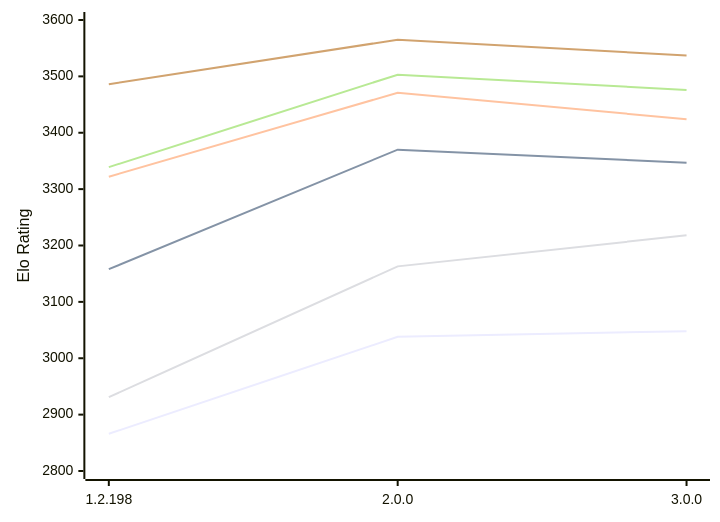
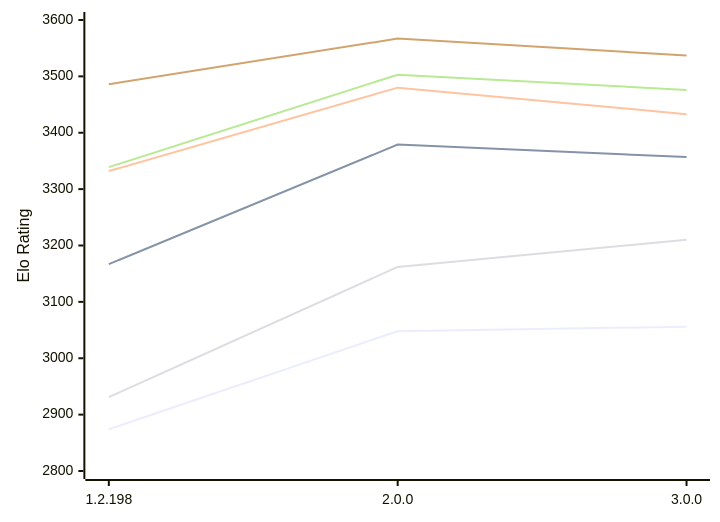
Before and after one commit to computer-chess-index/cci: the diagram in engines/Zenith.md, drawn with Mermaid. The commit also changed other lines of this file, not shown here.

Commit message:
Update CCI Ratings (ELO VLTC) - 2026-11-07

````diff
--- a/engines/Zenith.md
+++ b/engines/Zenith.md
@@ -51,12 +51,12 @@
 ```mermaid
 %%{init: {"theme":"base","themeVariables":{"seriesColors:['#a3a3a3','#222221','#faa371']}}}%%
 xychart-beta
   x-axis ["1.2.198", "2.0.0", "3.0.0"]
   y-axis "Elo Rating" 2800 --> 3600
-  line "E1: STC (8.0+0.08s)" [2866, 3038, 3048]
-  line "E1: LTC (60.0+0.60s)" [3158, 3370, 3347]
-  line "E1: VLTC (2m24s+1.12s)" [3322, 3471, 3424]
-  line "P1: STC (8.0+0.08s)" [2931, 3163, 3218]
+  line "E1: STC (8.0+0.08s)" [2874, 3048, 3056]
+  line "E1: LTC (60.0+0.60s)" [3167, 3379, 3357]
+  line "E1: VLTC (2m24s+1.12s)" [3332, 3480, 3433]
+  line "P1: STC (8.0+0.08s)" [2931, 3162, 3210]
   line "P1: LTC (60.0+0.60s)" [3339, 3503, 3476]
-  line "P1: VLTC (2m24s+1.12s)" [3486, 3565, 3537]
+  line "P1: VLTC (2m24s+1.12s)" [3486, 3567, 3537]
 ```
````
